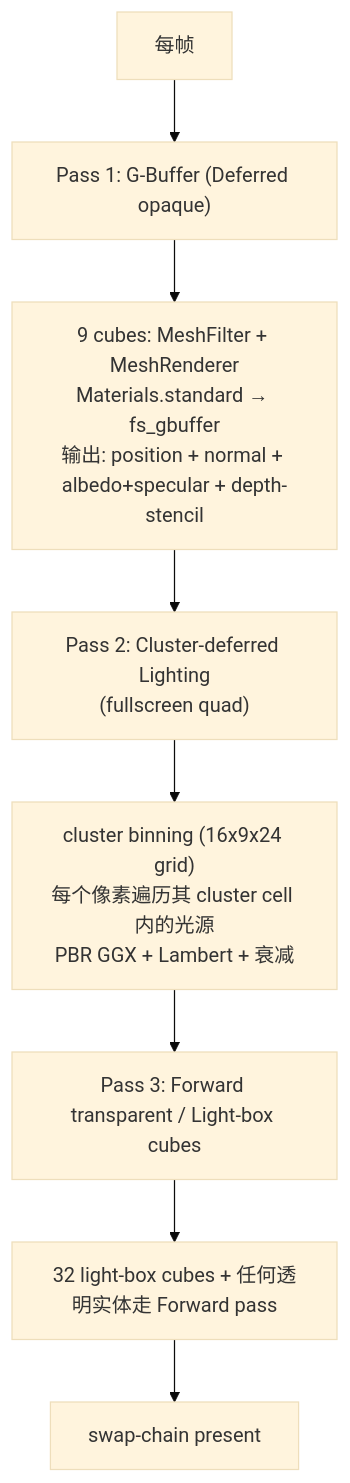
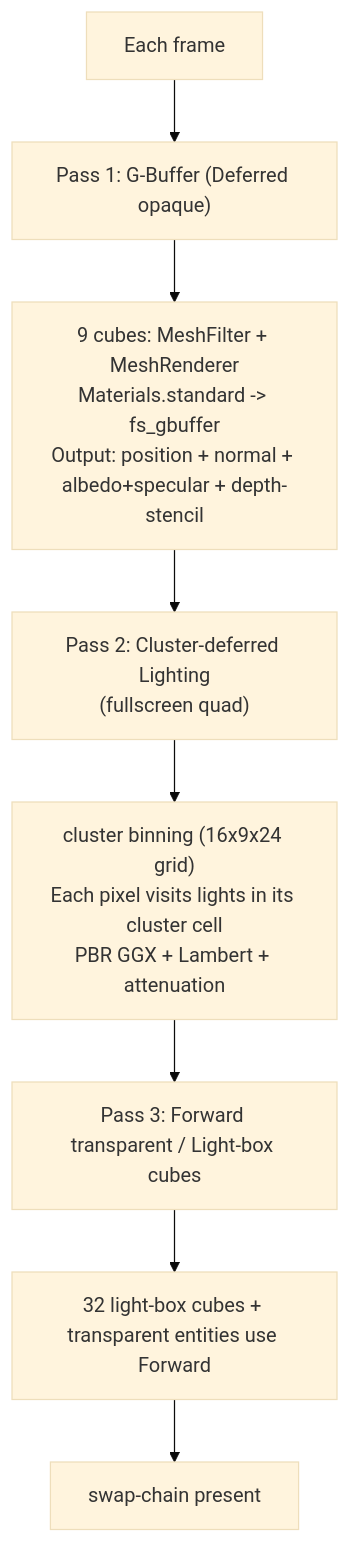
The diagram in packages/engine/apps/learn-render/5.advanced-lighting/8.deferred-shading/README.md (ForgeaX-Games/forgeax-editor), drawn with Mermaid (base theme) before and after one commit. The commit also changed other lines of this file and 214 other files, not shown here.

````diff
--- a/packages/engine/apps/learn-render/5.advanced-lighting/8.deferred-shading/README.md
+++ b/packages/engine/apps/learn-render/5.advanced-lighting/8.deferred-shading/README.md
@@ -41,10 +78,10 @@
 ```mermaid
 flowchart TD
-  S[每帧] --> P1["Pass 1: G-Buffer (Deferred opaque)"]
-  P1 --> C1["9 cubes: MeshFilter + MeshRenderer<br/>Materials.standard → fs_gbuffer<br/>输出: position + normal + albedo+specular + depth-stencil"]
+  S["Each frame"] --> P1["Pass 1: G-Buffer (Deferred opaque)"]
+  P1 --> C1["9 cubes: MeshFilter + MeshRenderer<br/>Materials.standard -> fs_gbuffer<br/>Output: position + normal + albedo+specular + depth-stencil"]
   C1 --> P2["Pass 2: Cluster-deferred Lighting<br/>(fullscreen quad)"]
-  P2 --> C2["cluster binning (16x9x24 grid)<br/>每个像素遍历其 cluster cell 内的光源<br/>PBR GGX + Lambert + 衰减"]
+  P2 --> C2["cluster binning (16x9x24 grid)<br/>Each pixel visits lights in its cluster cell<br/>PBR GGX + Lambert + attenuation"]
   C2 --> P3["Pass 3: Forward transparent / Light-box cubes"]
-  P3 --> C3["32 light-box cubes + 任何透明实体走 Forward pass"]
+  P3 --> C3["32 light-box cubes + transparent entities use Forward"]
   C3 --> SWAP["swap-chain present"]
 ```
````
